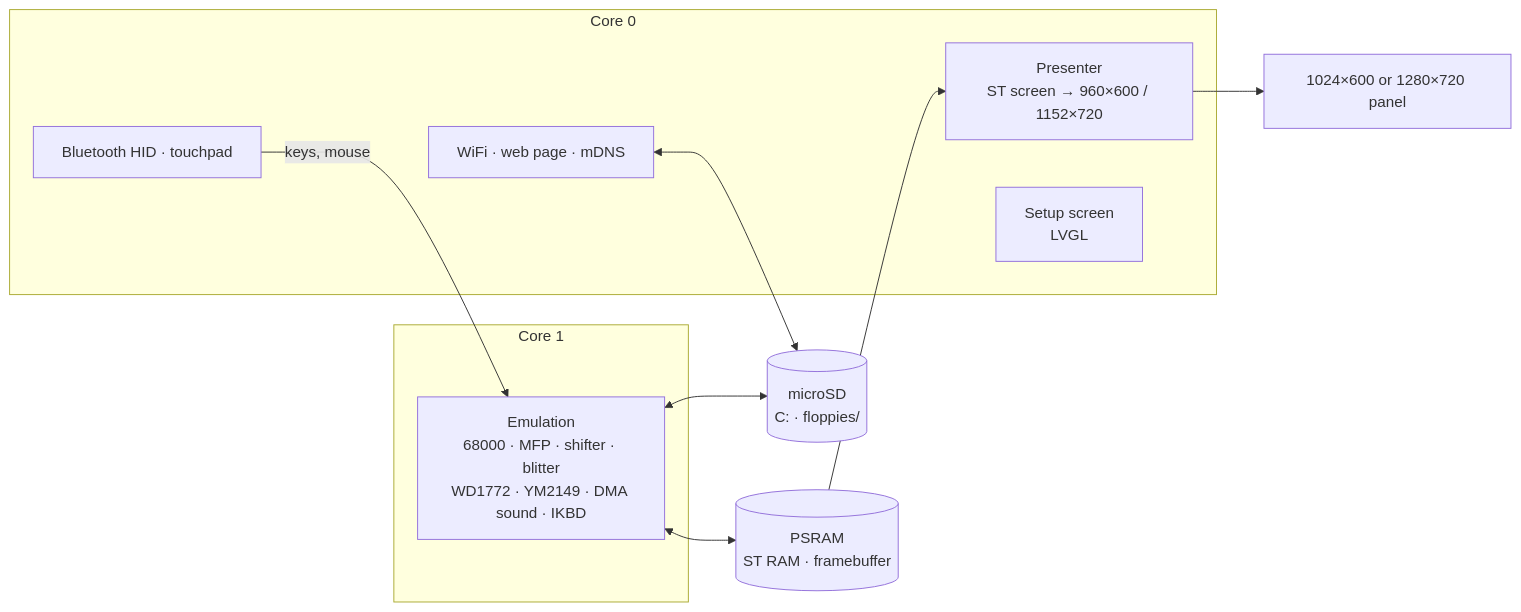
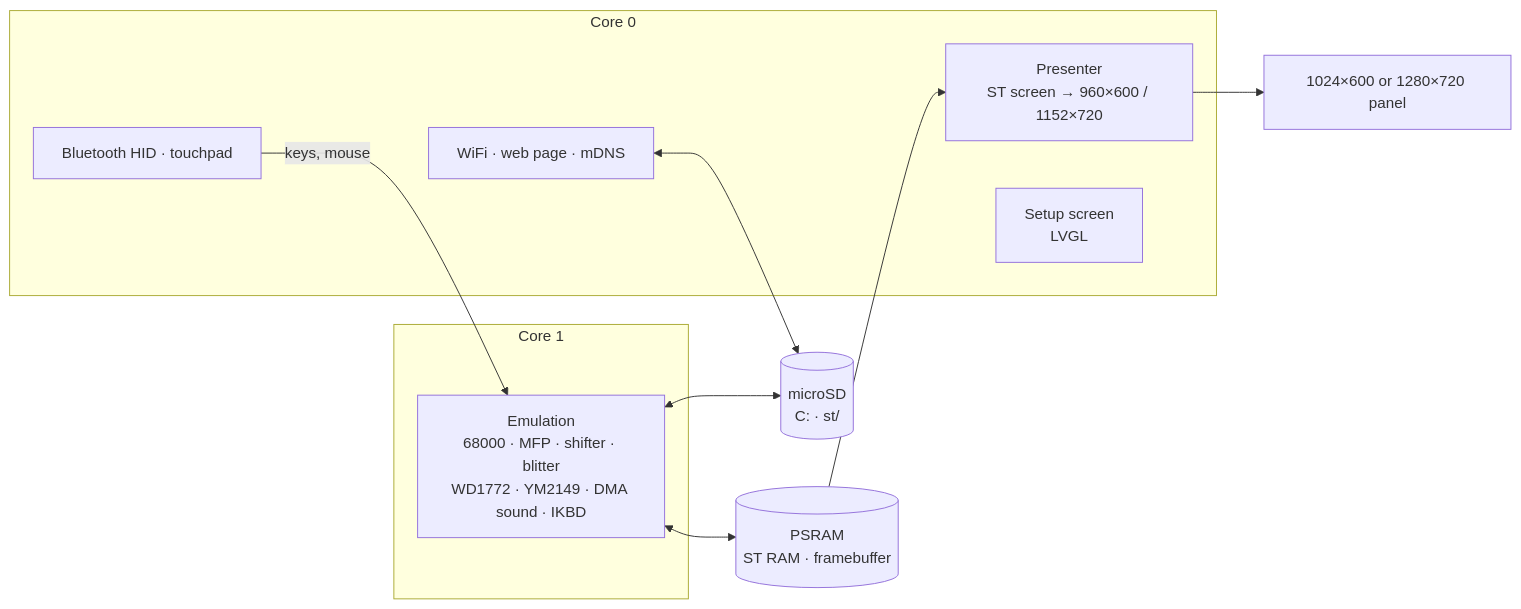
Before and after one commit to rlucencic/esp32ste: the diagram in README.md, drawn with Mermaid. The commit also changed other lines of this file and 5 other files, not shown here.

````diff
--- a/README.md
+++ b/README.md
@@ -212,20 +213,20 @@
 ```mermaid
 flowchart LR
   subgraph core1 [Core 1]
     EMU["Emulation<br>68000 · MFP · shifter · blitter<br>WD1772 · YM2149 · DMA sound · IKBD"]
   end
   subgraph core0 [Core 0]
     PRES[Presenter<br>ST screen → 960×600 / 1152×720]
     UI[Setup screen<br>LVGL]
     NET[WiFi · web page · mDNS]
     BLE[Bluetooth HID · touchpad]
   end
   PSRAM[(PSRAM<br>ST RAM · framebuffer)]
-  SD[(microSD<br>C: · floppies/)]
+  SD[(microSD<br>C: · st/)]
   EMU <--> PSRAM
   PRES --> LCD[1024×600 or 1280×720 panel]
   PSRAM --> PRES
   BLE -- keys, mouse --> EMU
   EMU <--> SD
   NET <--> SD
 ```
````
